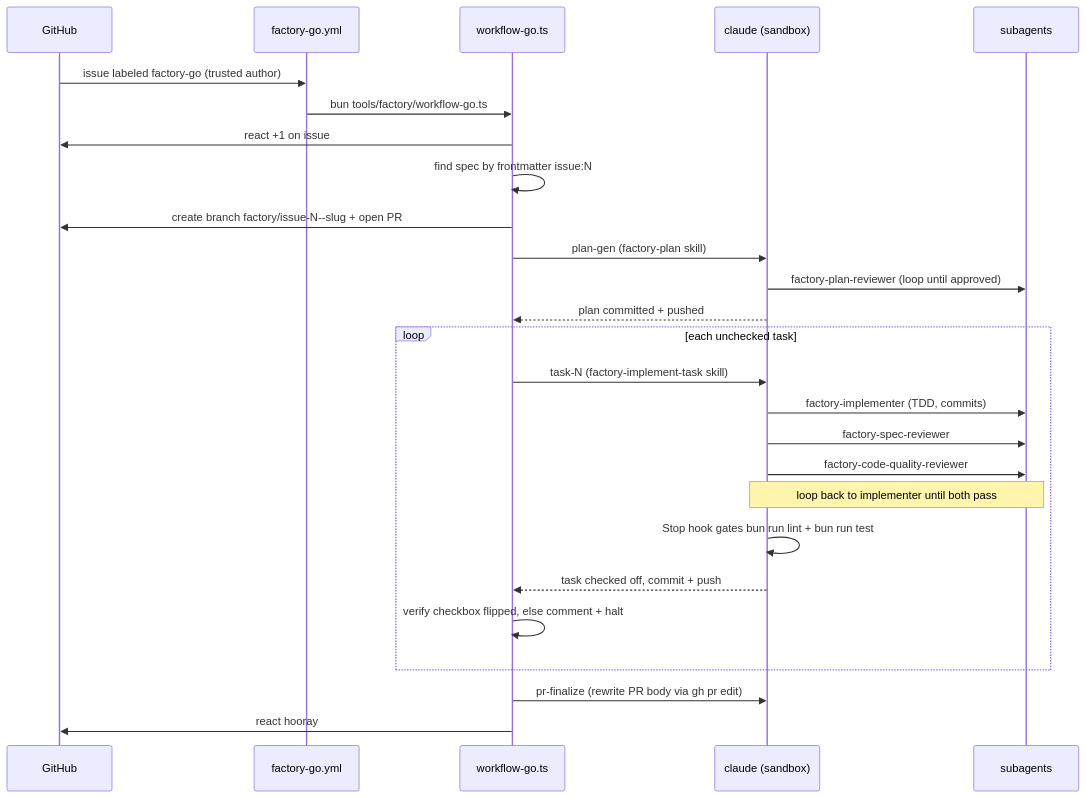
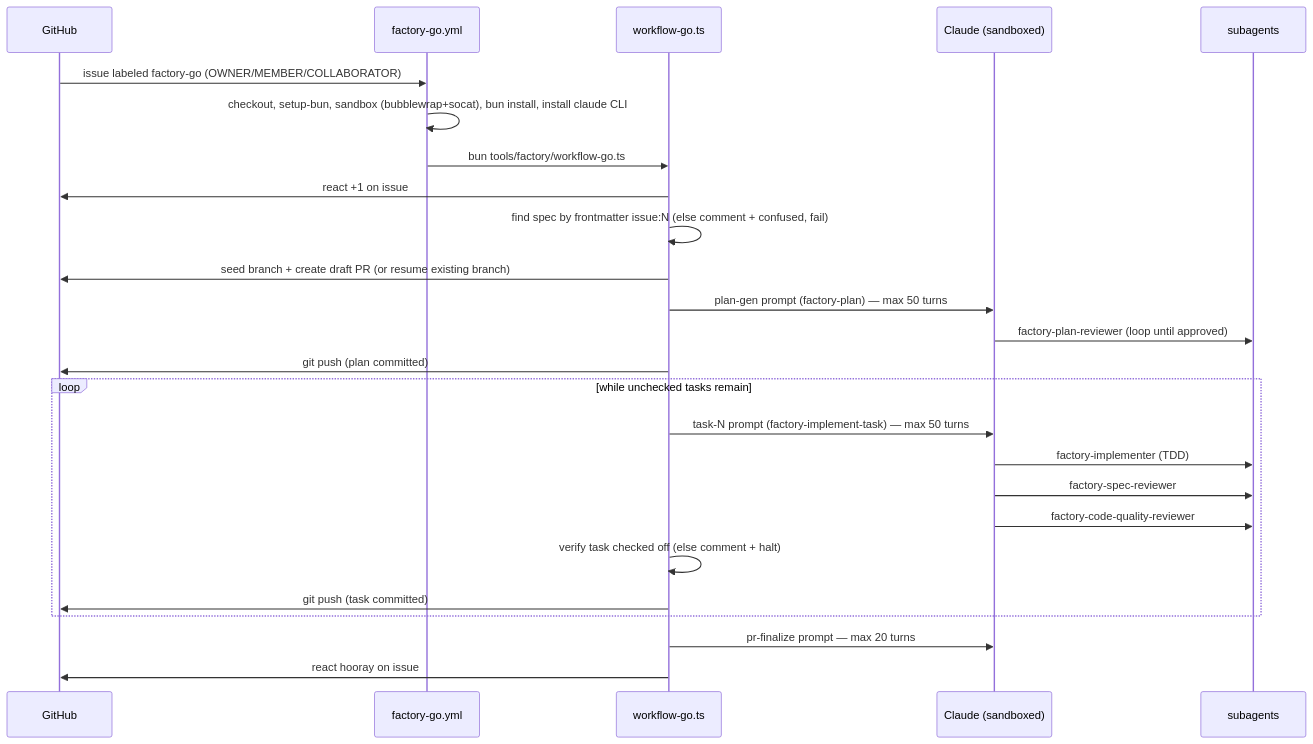
One commit to jost-kuenzel/claude-workshop changed the second of 2 diagrams in docs/factory/factory-process-guide.md. Above: the diagram before and after it, drawn with Mermaid. The commit also changed other lines of this file and 17 other files, not shown here.

````diff
--- a/docs/factory/factory-process-guide.md
+++ b/docs/factory/factory-process-guide.md
@@ -199,29 +142,28 @@
 ```mermaid
 sequenceDiagram
-    participant GH as GitHub
-    participant WF as factory-go.yml
-    participant ORCH as workflow-go.ts
-    participant CLA as claude (sandbox)
-    participant SUB as subagents
+  participant GH as GitHub
+  participant WF as factory-go.yml
+  participant GO as workflow-go.ts
+  participant CL as Claude (sandboxed)
+  participant AG as subagents
 
-    GH->>WF: issue labeled factory-go (trusted author)
-    WF->>ORCH: bun tools/factory/workflow-go.ts
-    ORCH->>GH: react +1 on issue
-    ORCH->>ORCH: find spec by frontmatter issue:N
-    ORCH->>GH: create branch factory/issue-N--slug + open PR
-    ORCH->>CLA: plan-gen (factory-plan skill)
-    CLA->>SUB: factory-plan-reviewer (loop until approved)
-    CLA-->>ORCH: plan committed + pushed
-    loop each unchecked task
-        ORCH->>CLA: task-N (factory-implement-task skill)
-        CLA->>SUB: factory-implementer (TDD, commits)
-        CLA->>SUB: factory-spec-reviewer
-        CLA->>SUB: factory-code-quality-reviewer
-        Note over CLA,SUB: loop back to implementer until both pass
-        CLA->>CLA: Stop hook gates bun run lint + bun run test
-        CLA-->>ORCH: task checked off, commit + push
-        ORCH->>ORCH: verify checkbox flipped, else comment + halt
-    end
-    ORCH->>CLA: pr-finalize (rewrite PR body via gh pr edit)
-    ORCH->>GH: react hooray
+  GH->>WF: issue labeled factory-go (OWNER/MEMBER/COLLABORATOR)
+  WF->>WF: checkout, setup-bun, sandbox (bubblewrap+socat), bun install, install claude CLI
+  WF->>GO: bun tools/factory/workflow-go.ts
+  GO->>GH: react +1 on issue
+  GO->>GO: find spec by frontmatter issue:N (else comment + confused, fail)
+  GO->>GH: seed branch + create draft PR (or resume existing branch)
+  GO->>CL: plan-gen prompt (factory-plan) — max 50 turns
+  CL->>AG: factory-plan-reviewer (loop until approved)
+  GO->>GH: git push (plan committed)
+  loop while unchecked tasks remain
+    GO->>CL: task-N prompt (factory-implement-task) — max 50 turns
+    CL->>AG: factory-implementer (TDD)
+    CL->>AG: factory-spec-reviewer
+    CL->>AG: factory-code-quality-reviewer
+    GO->>GO: verify task checked off (else comment + halt)
+    GO->>GH: git push (task committed)
+  end
+  GO->>CL: pr-finalize prompt — max 20 turns
+  GO->>GH: react hooray on issue
 ```
````
